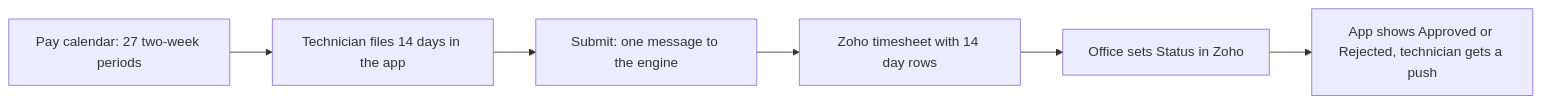
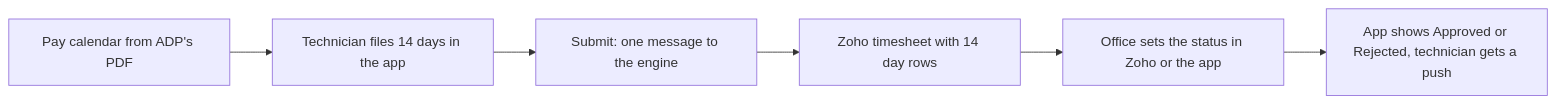
The diagram in handbook/hours/how-timesheets-work.mdx (comforthub/comforthub-docs), drawn with Mermaid before and after one commit. The commit also changed other lines of this file and 62 other files, not shown here.

````diff
--- a/handbook/hours/how-timesheets-work.mdx
+++ b/handbook/hours/how-timesheets-work.mdx
@@ -16,8 +15,8 @@
 ```mermaid
 flowchart LR
-  A[Pay calendar: 27 two-week periods] --> B[Technician files 14 days in the app]
+  A[Pay calendar from ADP's PDF] --> B[Technician files 14 days in the app]
   B --> C[Submit: one message to the engine]
   C --> D[Zoho timesheet with 14 day rows]
-  D --> E[Office sets Status in Zoho]
+  D --> E[Office sets the status in Zoho or the app]
   E --> F[App shows Approved or Rejected, technician gets a push]
 ```
````
